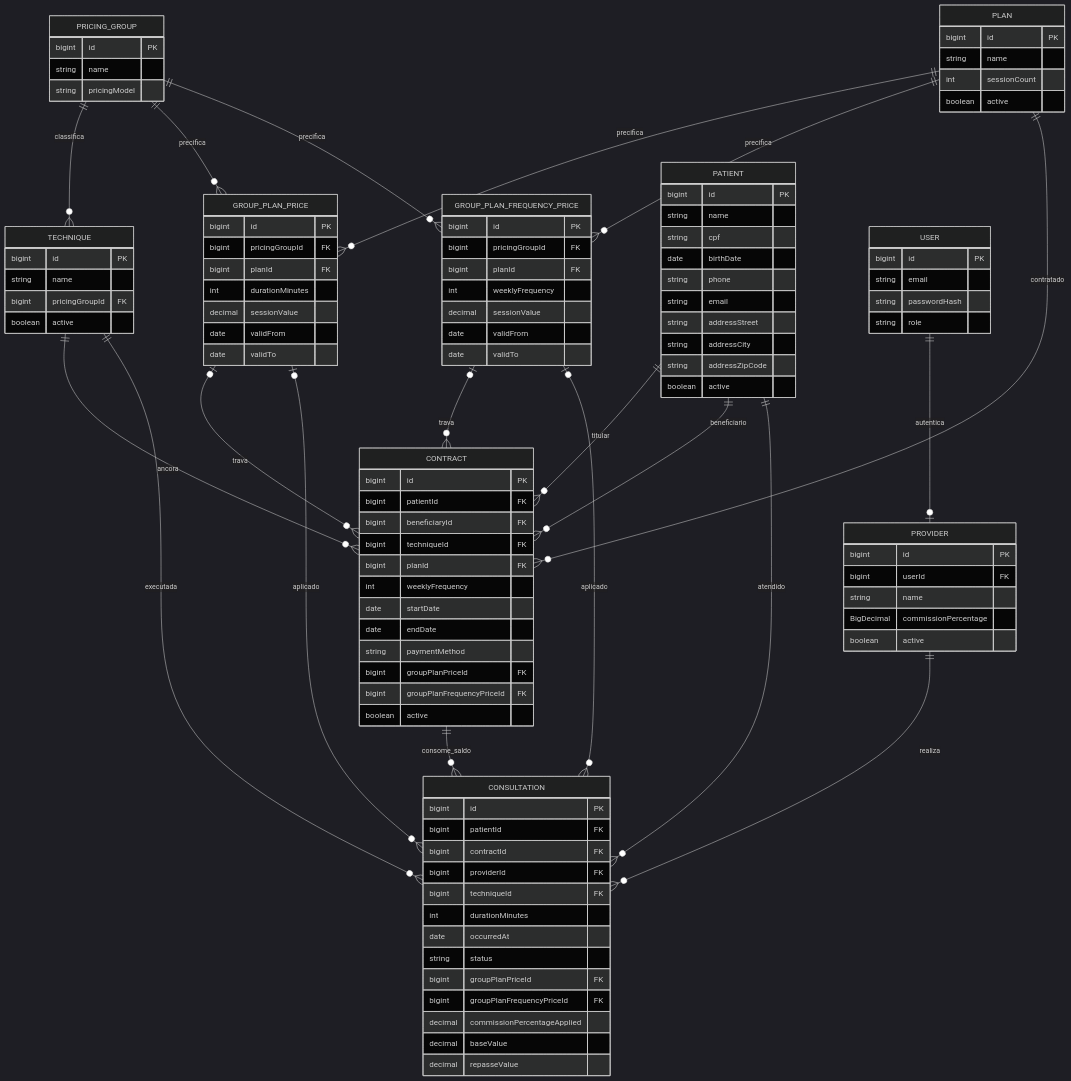
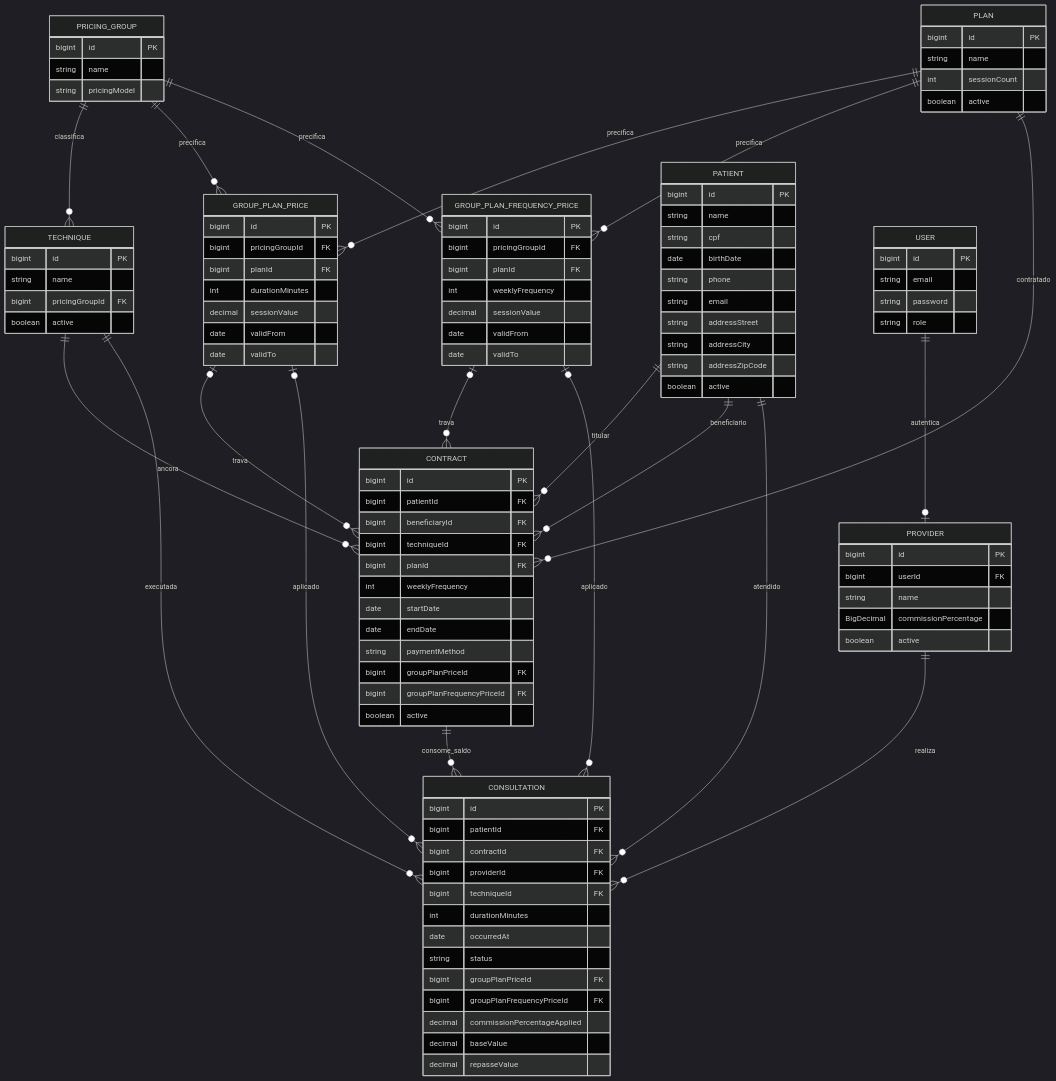
One commit to 1k2s/sublime-app changed the diagram in docs/domain-model.md. Above: the diagram before and after it, drawn with Mermaid (dark theme). The commit also changed 5 other files, not shown here.

```diff
--- a/docs/domain-model.md
+++ b/docs/domain-model.md
@@ -99,7 +99,7 @@
   USER {
     bigint id PK
     string email
-    string passwordHash
+    string password
     string role
   }
 
```
